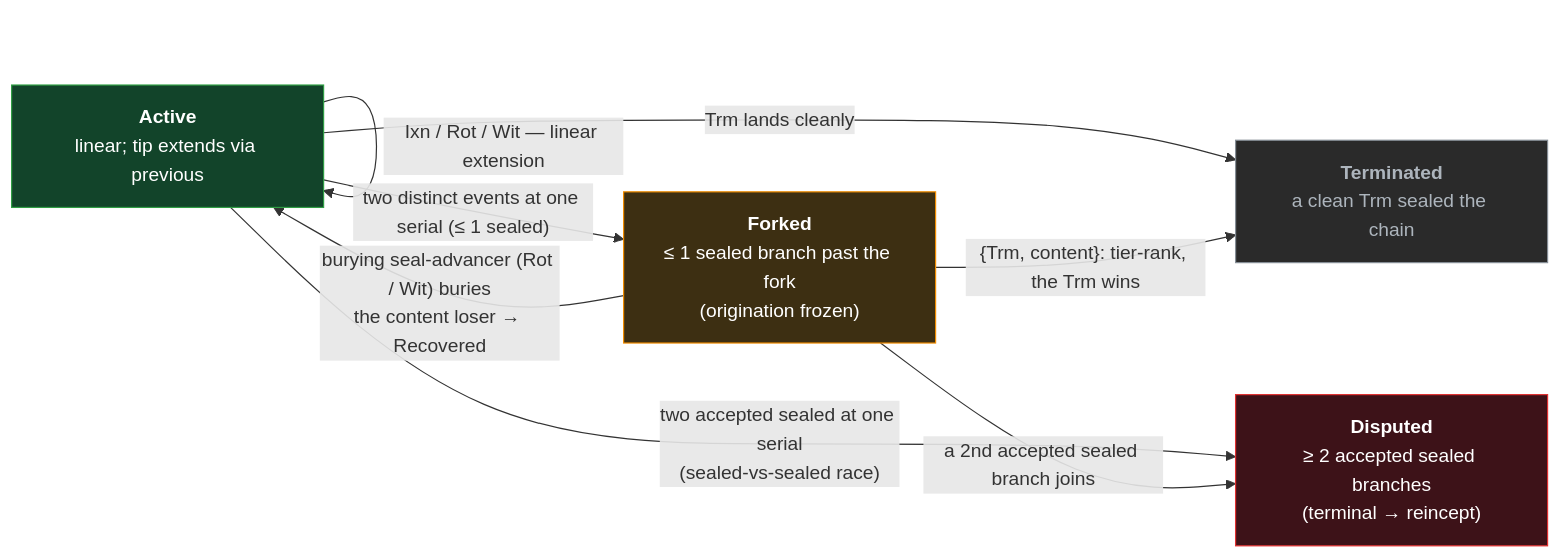
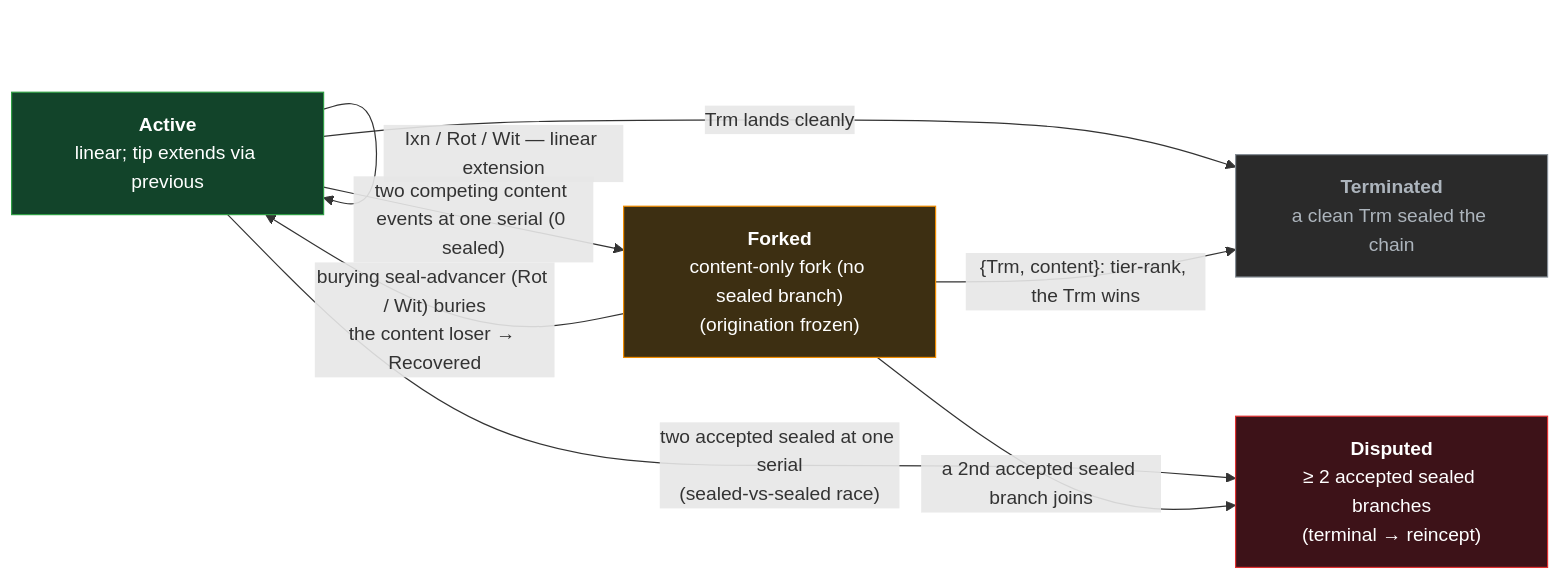
Before and after one commit to jasoncolburne/vdti: the diagram in docs/design/primitives/data/event-logs/kel/log.md, drawn with Mermaid. The commit also changed other lines of this file and 31 other files, not shown here.

````diff
--- a/docs/design/primitives/data/event-logs/kel/log.md
+++ b/docs/design/primitives/data/event-logs/kel/log.md
@@ -58,18 +59,18 @@
 ```mermaid
 flowchart LR
   Active["<b>Active</b><br/>linear; tip extends via previous"]:::good
-  Forked["<b>Forked</b><br/>≤ 1 sealed branch past the fork<br/>(origination frozen)"]:::mid
+  Forked["<b>Forked</b><br/>content-only fork (no sealed branch)<br/>(origination frozen)"]:::mid
   Disputed["<b>Disputed</b><br/>≥ 2 accepted sealed branches<br/>(terminal → reincept)"]:::bad
   Terminated["<b>Terminated</b><br/>a clean Trm sealed the chain"]:::dead
   Active -->|"Ixn / Rot / Wit — linear extension"| Active
-  Active -->|"two distinct events at one serial (≤ 1 sealed)"| Forked
+  Active -->|"two competing content events at one serial (0 sealed)"| Forked
   Active -->|"two accepted sealed at one serial<br/>(sealed-vs-sealed race)"| Disputed
   Active -->|"Trm lands cleanly"| Terminated
   Forked -->|"burying seal-advancer (Rot / Wit) buries<br/>the content loser → Recovered"| Active
   Forked -->|"{Trm, content}: tier-rank, the Trm wins"| Terminated
   Forked -->|"a 2nd accepted sealed branch joins"| Disputed
   classDef good fill:#12442a,stroke:#2f9e44,color:#fff
   classDef mid fill:#3d2f12,stroke:#f08c00,color:#fff
   classDef bad fill:#3d1218,stroke:#e03131,color:#fff
   classDef dead fill:#2a2a2a,stroke:#868e96,color:#adb5bd
 ```
````
